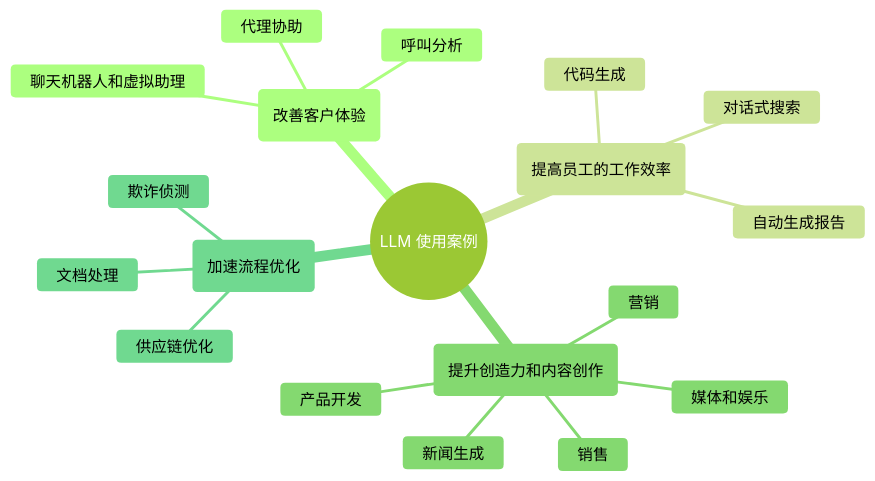
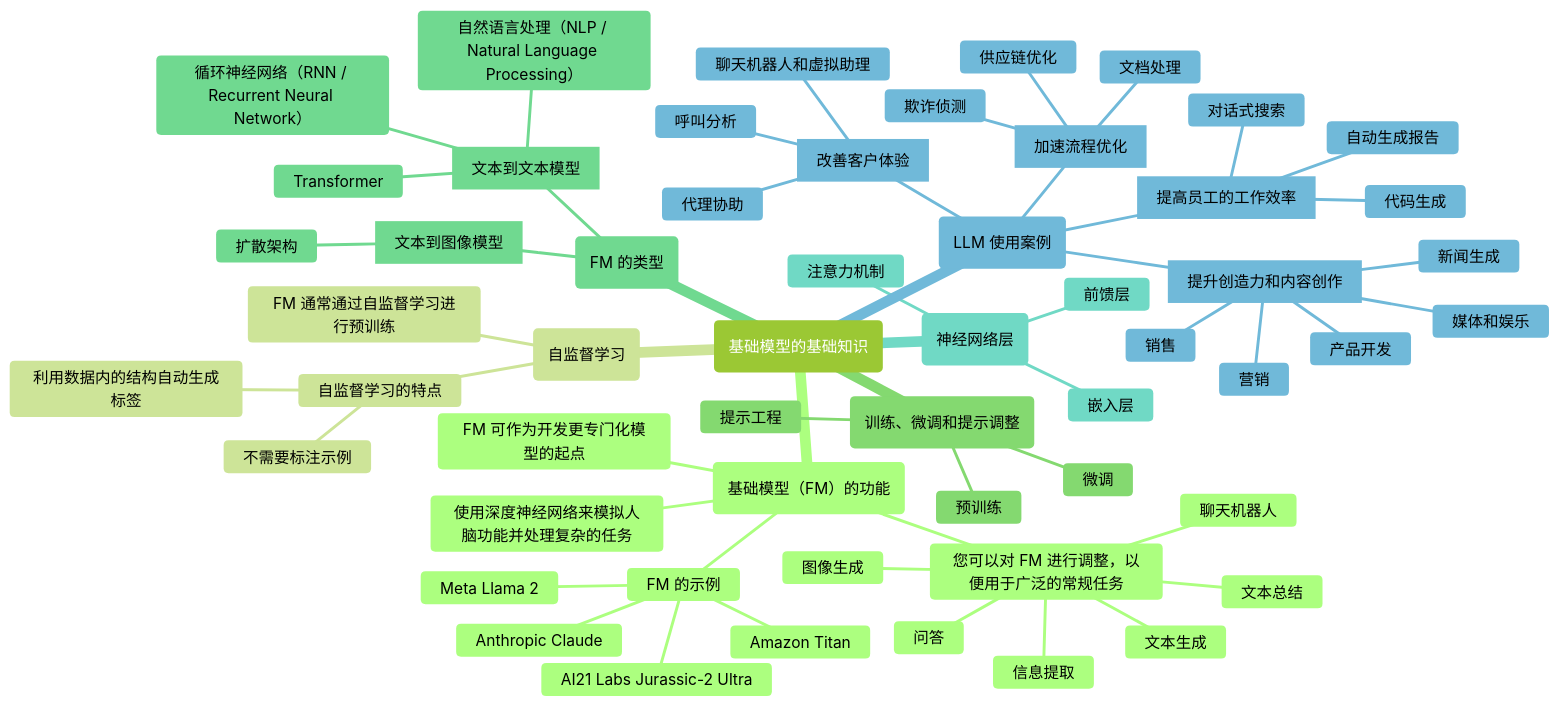
One commit to ytxmobile98/https-dev.amazoncloud.cn-learn-aitalent changed the diagram in 技术研发效能/Module 1 - 如何使用大模型/2. 提示工程基础知识/2.1 简介/基础模型的基础知识.md. Above: the diagram before and after it, drawn with Mermaid (forest theme). The commit also changed other lines of this file, not shown here.

Commit message:
docs: 基础模型的基础知识 mindmap

````diff
--- a/技术研发效能/Module 1 - 如何使用大模型/2. 提示工程基础知识/2.1 简介/基础模型的基础知识.md
+++ b/技术研发效能/Module 1 - 如何使用大模型/2. 提示工程基础知识/2.1 简介/基础模型的基础知识.md
@@ -169,22 +142,58 @@
 ```mermaid
 mindmap
-((LLM 使用案例))
-    (改善客户体验)
-        聊天机器人和虚拟助理
-        呼叫分析
-        代理协助
-    (提高员工的工作效率)
-        对话式搜索
-        代码生成
-        自动生成报告
-    (提升创造力和内容创作)
-        营销
-        销售
-        产品开发
-        媒体和娱乐
-        新闻生成
-    (加速流程优化)
-        文档处理
-        欺诈侦测
-        供应链优化
+(基础模型的基础知识)
+    (基础模型（FM）的功能)
+        使用深度神经网络来模拟人脑功能并处理复杂的任务
+        您可以对 FM 进行调整，以便用于广泛的常规任务
+            文本生成
+            文本总结
+            信息提取
+            图像生成
+            聊天机器人
+            问答
+        FM 可作为开发更专门化模型的起点
+        FM 的示例
+            Amazon Titan
+            Meta Llama 2
+            Anthropic Claude
+            AI21 Labs Jurassic-2 Ultra
+    (自监督学习)
+        FM 通常通过自监督学习进行预训练
+        自监督学习的特点
+            不需要标注示例
+            利用数据内的结构自动生成标签
+    (训练、微调和提示调整)
+        预训练
+        微调
+        提示工程
+    (FM 的类型)
+        [文本到文本模型]
+            自然语言处理（NLP / Natural Language Processing）
+            循环神经网络（RNN / Recurrent Neural Network）
+            Transformer
+        [文本到图像模型]
+            扩散架构
+    (神经网络层)
+        嵌入层
+        前馈层
+        注意力机制
+    (LLM 使用案例)
+        [改善客户体验]
+            聊天机器人和虚拟助理
+            呼叫分析
+            代理协助
+        [提高员工的工作效率]
+            对话式搜索
+            代码生成
+            自动生成报告
+        [提升创造力和内容创作]
+            营销
+            销售
+            产品开发
+            媒体和娱乐
+            新闻生成
+        [加速流程优化]
+            文档处理
+            欺诈侦测
+            供应链优化
 ```
````
